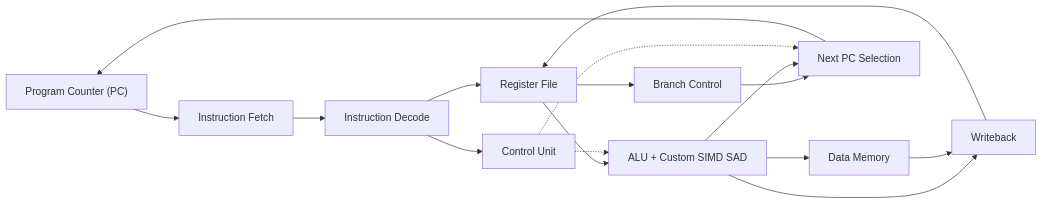
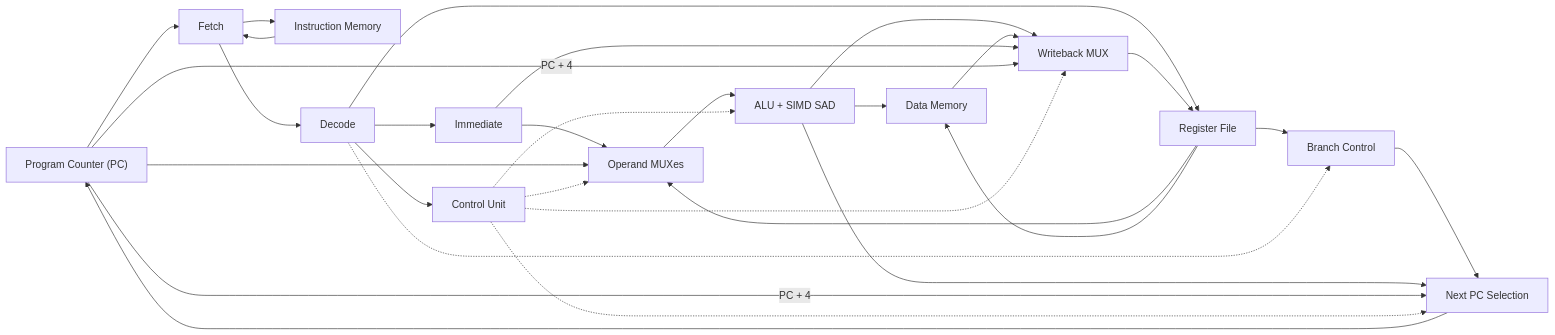
One commit to RL-Hillman/RV32I-Single-Cycle-CPU changed the first of 2 diagrams in README.md. Above: the diagram before and after it, drawn with Mermaid. The commit also changed other lines of this file, not shown here.

````diff
--- a/README.md
+++ b/README.md
@@ -36,21 +36,51 @@
 ```mermaid
 flowchart LR
-    PC["Program Counter (PC)"] --> FETCH["Instruction Fetch"]
-    FETCH --> DECODE["Instruction Decode"]
-    DECODE --> RF["Register File"]
-    DECODE --> CTRL["Control Unit"]
+    PC["Program Counter (PC)"]
+    FETCH["Fetch"]
+    IMEM["Instruction Memory"]
+    DEC["Decode"]
+    CTRL["Control Unit"]
+    RF["Register File"]
+    IMM["Immediate"]
+    MUX["Operand MUXes"]
+    ALU["ALU + SIMD SAD"]
+    DMEM["Data Memory"]
+    WB["Writeback MUX"]
+    BR["Branch Control"]
+    NEXT["Next PC Selection"]
 
-    RF --> ALU["ALU + Custom SIMD SAD"]
+    PC --> FETCH
+    FETCH --> IMEM
+    IMEM --> FETCH
+    FETCH --> DEC
+
+    DEC --> CTRL
+    DEC --> RF
+    DEC --> IMM
+
+    RF --> MUX
+    IMM --> MUX
+    PC --> MUX
+    CTRL -.-> MUX
+
+    MUX --> ALU
     CTRL -.-> ALU
 
-    ALU --> DM["Data Memory"]
-    ALU --> WB["Writeback"]
-    DM --> WB
+    ALU --> DMEM
+    RF --> DMEM
+
+    ALU --> WB
+    DMEM --> WB
+    IMM --> WB
+    PC -->|"PC + 4"| WB
+    CTRL -.-> WB
     WB --> RF
 
-    RF --> BR["Branch Control"]
-    BR --> NEXT["Next PC Selection"]
+    RF --> BR
+    DEC -.-> BR
+    BR --> NEXT
     ALU --> NEXT
+    PC -->|"PC + 4"| NEXT
     CTRL -.-> NEXT
     NEXT --> PC
 ```
````
